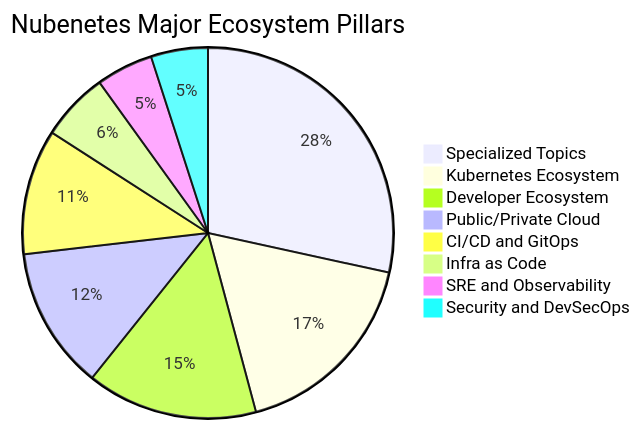
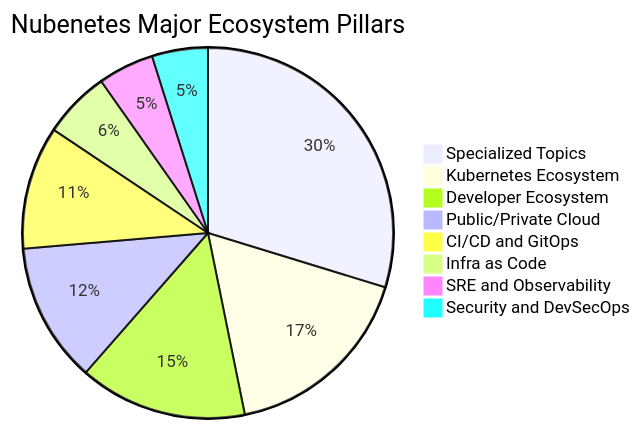
The second of 14 diagrams in README.md (nubenetes/awesome-kubernetes), drawn with Mermaid before and after one commit. The commit also changed other lines of this file and 174 other files, not shown here.

````diff
--- a/README.md
+++ b/README.md
@@ -308,11 +308,11 @@
 ```mermaid
 pie title Nubenetes Major Ecosystem Pillars
-    "Specialized Topics" : 5721
+    "Specialized Topics" : 6093
     "Kubernetes Ecosystem" : 3500
     "Developer Ecosystem" : 3000
     "Public/Private Cloud" : 2500
     "CI/CD and GitOps" : 2200
     "Infra as Code" : 1200
     "SRE and Observability" : 1000
     "Security and DevSecOps" : 1000
 ```
````
